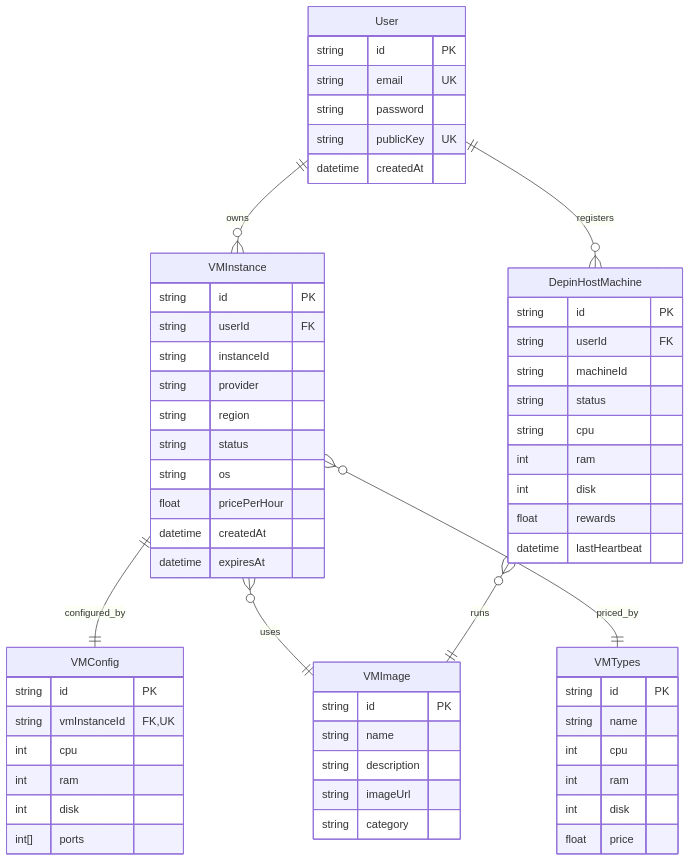
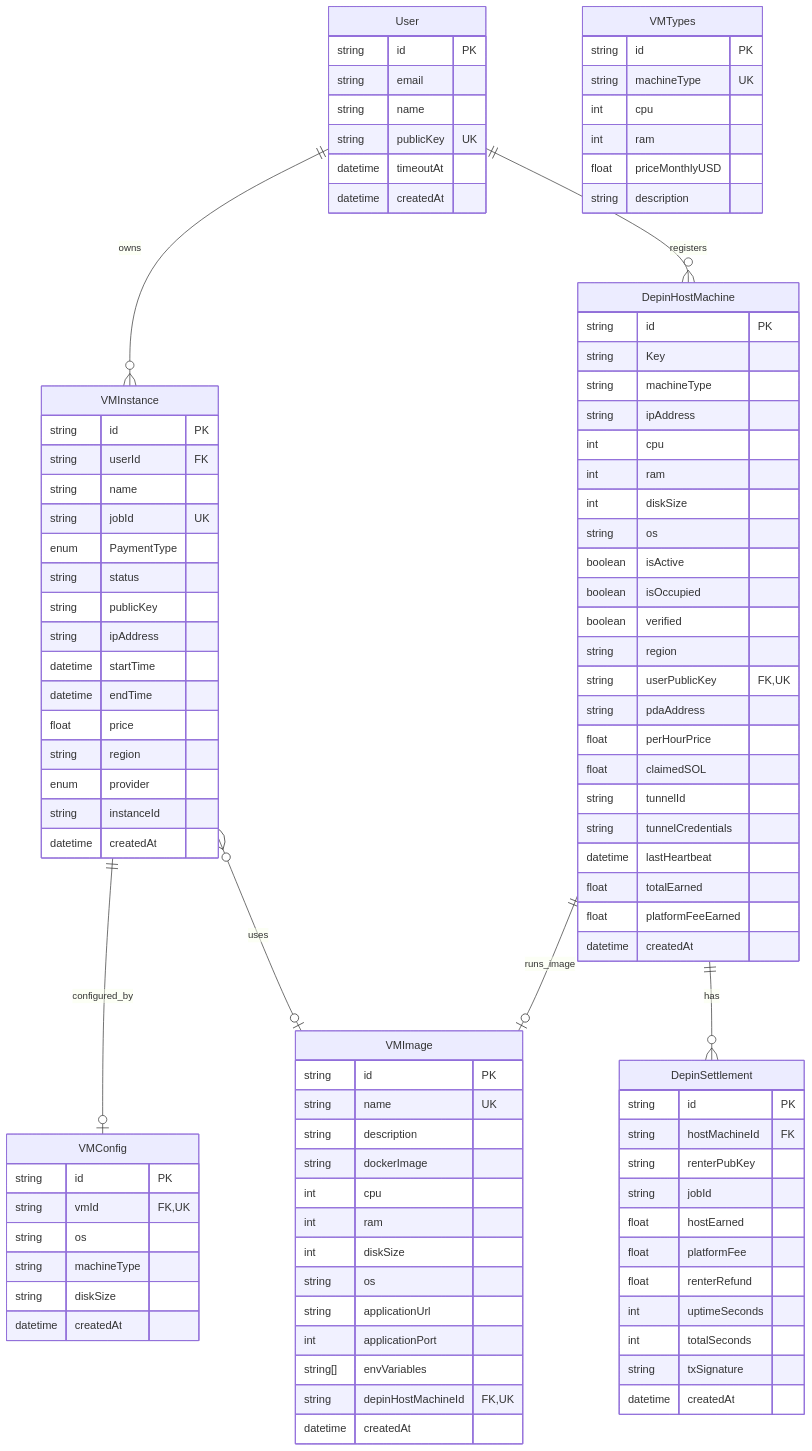
Before and after one commit to Official-Krish/Axion: the third of 3 diagrams in README.md, drawn with Mermaid. The commit also changed other lines of this file, not shown here.

````diff
--- a/README.md
+++ b/README.md
@@ -525,67 +665,108 @@
 erDiagram
     User ||--o{ VMInstance : owns
     User ||--o{ DepinHostMachine : registers
-    VMInstance ||--|| VMConfig : configured_by
-    VMInstance }o--|| VMImage : uses
-    VMInstance }o--|| VMTypes : priced_by
-    DepinHostMachine }o--|| VMImage : runs
+    VMInstance ||--o| VMConfig : configured_by
+    VMInstance }o--o| VMImage : uses
+    DepinHostMachine ||--o| VMImage : runs_image
+    DepinHostMachine ||--o{ DepinSettlement : has
 
     User {
         string id PK
-        string email UK
-        string password
+        string email
+        string name
         string publicKey UK
+        datetime timeoutAt
         datetime createdAt
     }
 
     VMInstance {
         string id PK
         string userId FK
+        string name
+        string jobId UK
+        enum PaymentType
+        string status
+        string publicKey
+        string ipAddress
+        datetime startTime
+        datetime endTime
+        float price
+        string region
+        enum provider
         string instanceId
-        string provider
-        string region
-        string status
-        string os
-        float pricePerHour
         datetime createdAt
-        datetime expiresAt
     }
 
     VMConfig {
         string id PK
-        string vmInstanceId FK, UK
-        int cpu
-        int ram
-        int disk
-        int[] ports
+        string vmId FK, UK
+        string os
+        string machineType
+        string diskSize
+        datetime createdAt
     }
 
     VMImage {
         string id PK
-        string name
+        string name UK
         string description
-        string imageUrl
-        string category
+        string dockerImage
+        int cpu
+        int ram
+        int diskSize
+        string os
+        string applicationUrl
+        int applicationPort
+        string[] envVariables
+        string depinHostMachineId FK, UK
+        datetime createdAt
     }
 
     VMTypes {
         string id PK
-        string name
+        string machineType UK
         int cpu
         int ram
-        int disk
-        float price
+        float priceMonthlyUSD
+        string description
     }
 
     DepinHostMachine {
         string id PK
-        string userId FK
-        string machineId
-        string status
-        string cpu
+        string Key
+        string machineType
+        string ipAddress
+        int cpu
         int ram
-        int disk
-        float rewards
+        int diskSize
+        string os
+        boolean isActive
+        boolean isOccupied
+        boolean verified
+        string region
+        string userPublicKey FK, UK
+        string pdaAddress
+        float perHourPrice
+        float claimedSOL
+        string tunnelId
+        string tunnelCredentials
         datetime lastHeartbeat
+        float totalEarned
+        float platformFeeEarned
+        datetime createdAt
+    }
+
+    DepinSettlement {
+        string id PK
+        string hostMachineId FK
+        string renterPubKey
+        string jobId
+        float hostEarned
+        float platformFee
+        float renterRefund
+        int uptimeSeconds
+        int totalSeconds
+        string txSignature
+        datetime createdAt
     }
 ```
````
